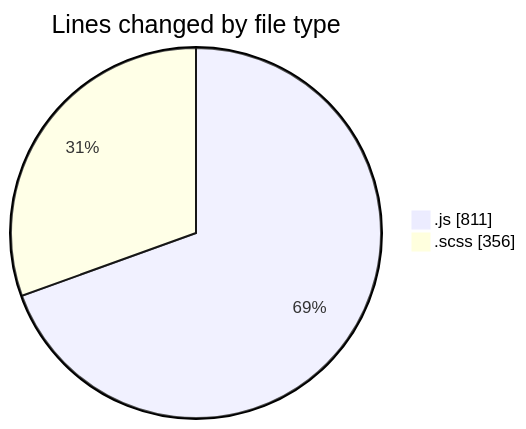
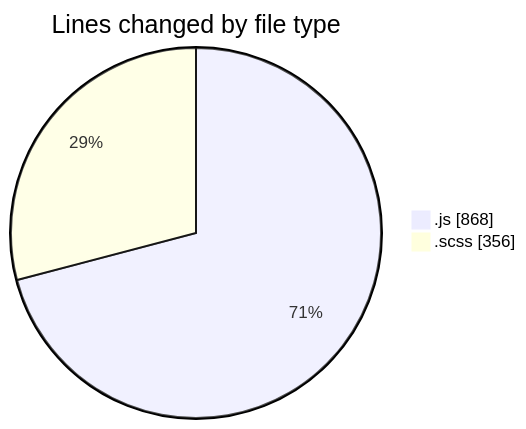
One commit to momahboobian/code-tracking changed the first of 2 diagrams in 2026-01-05/cda/README.md. Above: the diagram before and after it, drawn with Mermaid. The commit also changed other lines of this file and 1 other file, not shown here.

````diff
--- a/2026-01-05/cda/README.md
+++ b/2026-01-05/cda/README.md
@@ -26,6 +27,6 @@
 ```mermaid
 pie showData
 title Lines changed by file type
-".js" : 811
+".js" : 868
 ".scss" : 356
 ```
````
